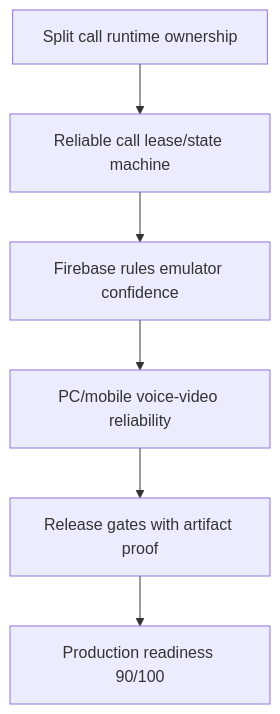
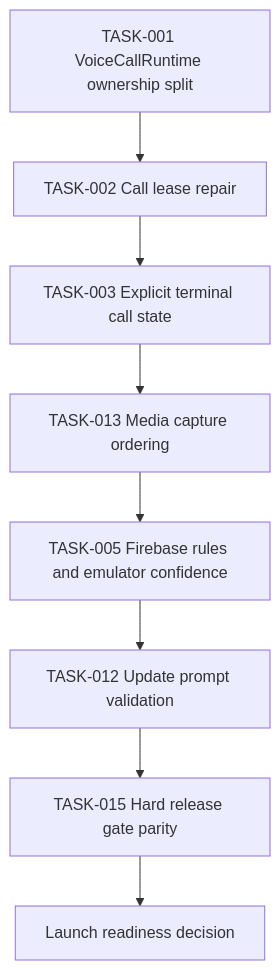
Before and after one commit to EslamNabawy/Rain: the diagram in obsidian-vault/01-Roadmap/Critical Path.md, drawn with Mermaid. The commit also changed other lines of this file and 18 other files, not shown here.

Commit message:
Convert audit findings into roadmap

````diff
--- a/obsidian-vault/01-Roadmap/Critical Path.md
+++ b/obsidian-vault/01-Roadmap/Critical Path.md
@@ -5,8 +13,10 @@
 ```mermaid
 flowchart TD
-  A["Split call runtime ownership"] --> B["Reliable call lease/state machine"]
-  B --> C["Firebase rules emulator confidence"]
-  C --> D["PC/mobile voice-video reliability"]
-  D --> E["Release gates with artifact proof"]
-  E --> F["Production readiness 90/100"]
+  A["TASK-001 VoiceCallRuntime ownership split"] --> B["TASK-002 Call lease repair"]
+  B --> C["TASK-003 Explicit terminal call state"]
+  C --> D["TASK-013 Media capture ordering"]
+  D --> E["TASK-005 Firebase rules and emulator confidence"]
+  E --> F["TASK-012 Update prompt validation"]
+  F --> G["TASK-015 Hard release gate parity"]
+  G --> H["Launch readiness decision"]
 ```
````
